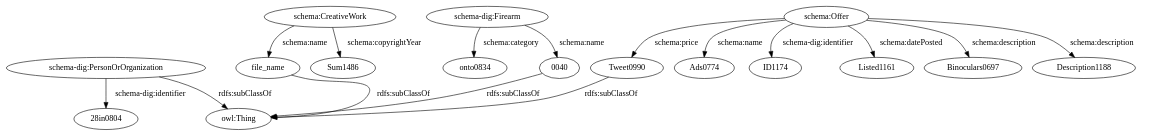
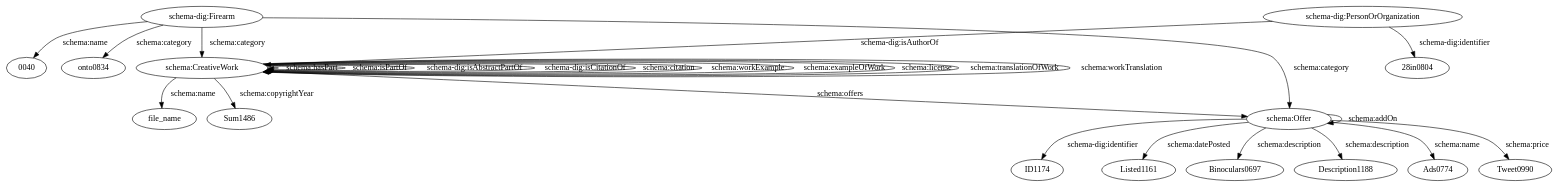
One commit to giuseppefutia/semi changed the diagram in data/taheriyan2016/task_04/semantic_models/plausibles/dot/shooterswap.dot. Above: the diagram before and after it, drawn with Graphviz. The commit also changed 119 other files, not shown here.

```diff
--- a/data/taheriyan2016/task_04/semantic_models/plausibles/dot/shooterswap.dot
+++ b/data/taheriyan2016/task_04/semantic_models/plausibles/dot/shooterswap.dot
@@ -1,33 +1,43 @@
 digraph {
   onto0834 [type=attribute_name,label=onto0834]
   "schema-dig:Firearm1" [type=class_uri,label="schema-dig:Firearm"]
   "0040" [type=attribute_name,label="0040"]
   "28in0804" [type=attribute_name,label="28in0804"]
   "schema-dig:PersonOrOrganization1" [type=class_uri,label="schema-dig:PersonOrOrganization"]
   Sum1486 [type=attribute_name,label=Sum1486]
   "schema:CreativeWork1" [type=class_uri,label="schema:CreativeWork"]
   file_name [type=attribute_name,label=file_name]
   ID1174 [type=attribute_name,label=ID1174]
   "schema:Offer1" [type=class_uri,label="schema:Offer"]
   Listed1161 [type=attribute_name,label=Listed1161]
   Binoculars0697 [type=attribute_name,label=Binoculars0697]
   Description1188 [type=attribute_name,label=Description1188]
   Ads0774 [type=attribute_name,label=Ads0774]
   Tweet0990 [type=attribute_name,label=Tweet0990]
-  "owl:Thing" [type=special,label="owl:Thing"]
   "schema-dig:Firearm1" -> onto0834 [label="schema:category",type=st_property_uri]
   "schema-dig:Firearm1" -> "0040" [label="schema:name",type=st_property_uri]
   "schema-dig:PersonOrOrganization1" -> "28in0804" [label="schema-dig:identifier",type=st_property_uri]
   "schema:CreativeWork1" -> Sum1486 [label="schema:copyrightYear",type=st_property_uri]
   "schema:CreativeWork1" -> file_name [label="schema:name",type=st_property_uri]
   "schema:Offer1" -> ID1174 [label="schema-dig:identifier",type=st_property_uri]
   "schema:Offer1" -> Listed1161 [label="schema:datePosted",type=st_property_uri]
   "schema:Offer1" -> Binoculars0697 [label="schema:description",type=st_property_uri]
   "schema:Offer1" -> Description1188 [label="schema:description",type=st_property_uri]
   "schema:Offer1" -> Ads0774 [label="schema:name",type=st_property_uri]
   "schema:Offer1" -> Tweet0990 [label="schema:price",type=st_property_uri]
-  "0040" -> "owl:Thing" [label="rdfs:subClassOf",type=inherited,weight=0.3333333333333333]
-  "schema-dig:PersonOrOrganization1" -> "owl:Thing" [label="rdfs:subClassOf",type=inherited,weight=0.3333333333333333]
-  file_name -> "owl:Thing" [label="rdfs:subClassOf",type=inherited,weight=0.3333333333333333]
-  Tweet0990 -> "owl:Thing" [label="rdfs:subClassOf",type=inherited,weight=0.3333333333333333]
+  "schema-dig:PersonOrOrganization1" -> "schema:CreativeWork1" [label="schema-dig:isAuthorOf",type=direct_property_uri,weight=1]
+  "schema:CreativeWork1" -> "schema:CreativeWork1" [label="schema:hasPart",type=direct_property_uri,weight=1]
+  "schema:CreativeWork1" -> "schema:CreativeWork1" [label="schema:isPartOf",type=direct_property_uri,weight=1]
+  "schema:CreativeWork1" -> "schema:CreativeWork1" [label="schema-dig:isAbstractPartOf",type=direct_property_uri,weight=1]
+  "schema:CreativeWork1" -> "schema:CreativeWork1" [label="schema-dig:isCitationOf",type=direct_property_uri,weight=1]
+  "schema:CreativeWork1" -> "schema:CreativeWork1" [label="schema:citation",type=direct_property_uri,weight=1]
+  "schema:CreativeWork1" -> "schema:CreativeWork1" [label="schema:workExample",type=direct_property_uri,weight=1]
+  "schema:CreativeWork1" -> "schema:CreativeWork1" [label="schema:exampleOfWork",type=direct_property_uri,weight=1]
+  "schema:CreativeWork1" -> "schema:CreativeWork1" [label="schema:license",type=direct_property_uri,weight=1]
+  "schema:CreativeWork1" -> "schema:CreativeWork1" [label="schema:translationOfWork",type=direct_property_uri,weight=1]
+  "schema:CreativeWork1" -> "schema:CreativeWork1" [label="schema:workTranslation",type=direct_property_uri,weight=1]
+  "schema:CreativeWork1" -> "schema:Offer1" [label="schema:offers",type=direct_property_uri,weight=1]
+  "schema:Offer1" -> "schema:Offer1" [label="schema:addOn",type=direct_property_uri,weight=1]
+  "schema-dig:Firearm1" -> "schema:CreativeWork1" [label="schema:category",type=inherited,weight=4]
+  "schema-dig:Firearm1" -> "schema:Offer1" [label="schema:category",type=inherited,weight=4]
 }
```
